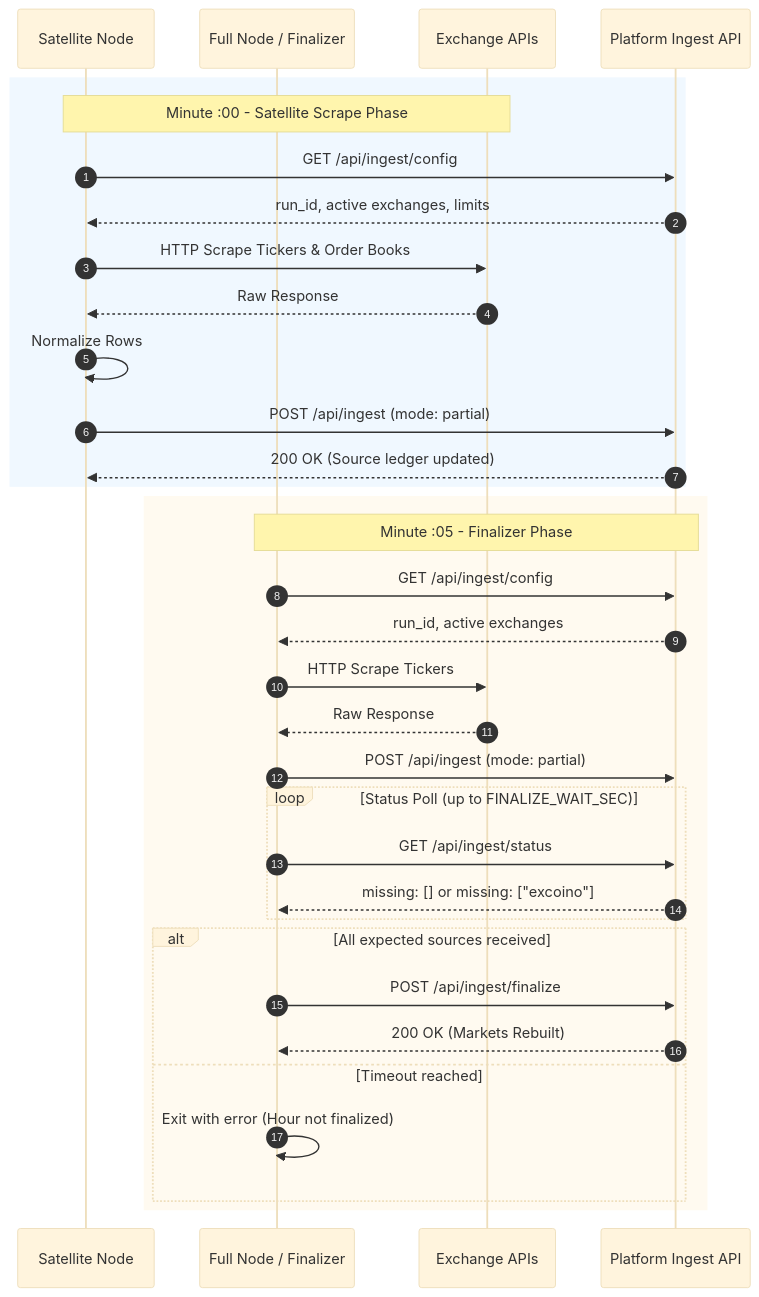
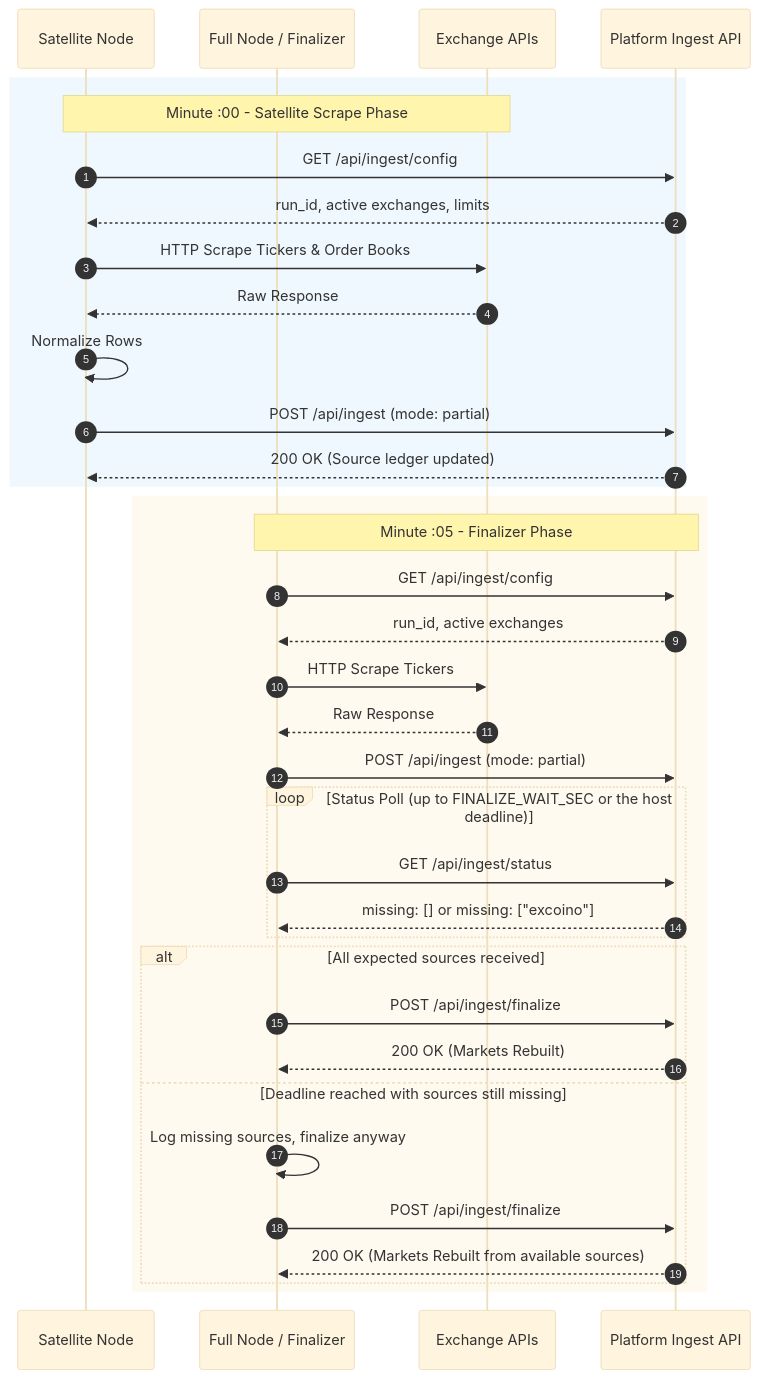
One commit to davodm/irancrypto-tracker changed the second of 2 diagrams in README.md. Above: the diagram before and after it, drawn with Mermaid (base theme). The commit also changed other lines of this file and 10 other files, not shown here.

First line of the commit message:
fix(runtime): bound finalize wait so a dead source cannot block the pipeline

````diff
--- a/README.md
+++ b/README.md
@@ -91,40 +91,42 @@
 ```mermaid
 sequenceDiagram
   autonumber
   participant Satellite as Satellite Node
   participant Finalizer as Full Node / Finalizer
   participant Exchange as Exchange APIs
   participant Ingest as Platform Ingest API
 
   rect rgb(240, 248, 255)
     Note over Satellite, Exchange: Minute :00 - Satellite Scrape Phase
     Satellite->>Ingest: GET /api/ingest/config
     Ingest-->>Satellite: run_id, active exchanges, limits
     Satellite->>Exchange: HTTP Scrape Tickers & Order Books
     Exchange-->>Satellite: Raw Response
     Satellite->>Satellite: Normalize Rows
     Satellite->>Ingest: POST /api/ingest (mode: partial)
     Ingest-->>Satellite: 200 OK (Source ledger updated)
   end
 
   rect rgb(255, 250, 240)
     Note over Finalizer, Ingest: Minute :05 - Finalizer Phase
     Finalizer->>Ingest: GET /api/ingest/config
     Ingest-->>Finalizer: run_id, active exchanges
     Finalizer->>Exchange: HTTP Scrape Tickers
     Exchange-->>Finalizer: Raw Response
     Finalizer->>Ingest: POST /api/ingest (mode: partial)
     
-    loop Status Poll (up to FINALIZE_WAIT_SEC)
+    loop Status Poll (up to FINALIZE_WAIT_SEC or the host deadline)
       Finalizer->>Ingest: GET /api/ingest/status
       Ingest-->>Finalizer: missing: [] or missing: ["excoino"]
     end
 
     alt All expected sources received
       Finalizer->>Ingest: POST /api/ingest/finalize
       Ingest-->>Finalizer: 200 OK (Markets Rebuilt)
-    else Timeout reached
-      Finalizer->>Finalizer: Exit with error (Hour not finalized)
+    else Deadline reached with sources still missing
+      Finalizer->>Finalizer: Log missing sources, finalize anyway
+      Finalizer->>Ingest: POST /api/ingest/finalize
+      Ingest-->>Finalizer: 200 OK (Markets Rebuilt from available sources)
     end
   end
 ```
````
